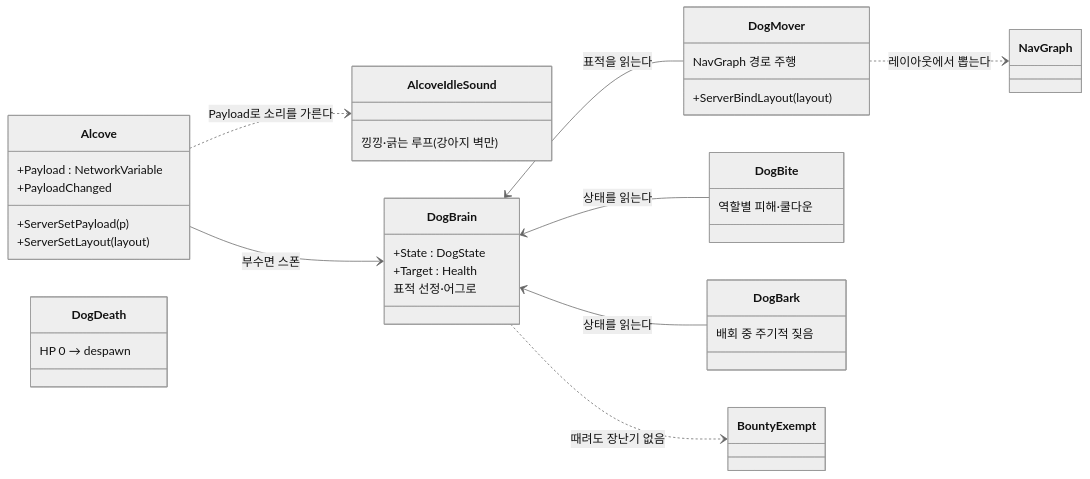
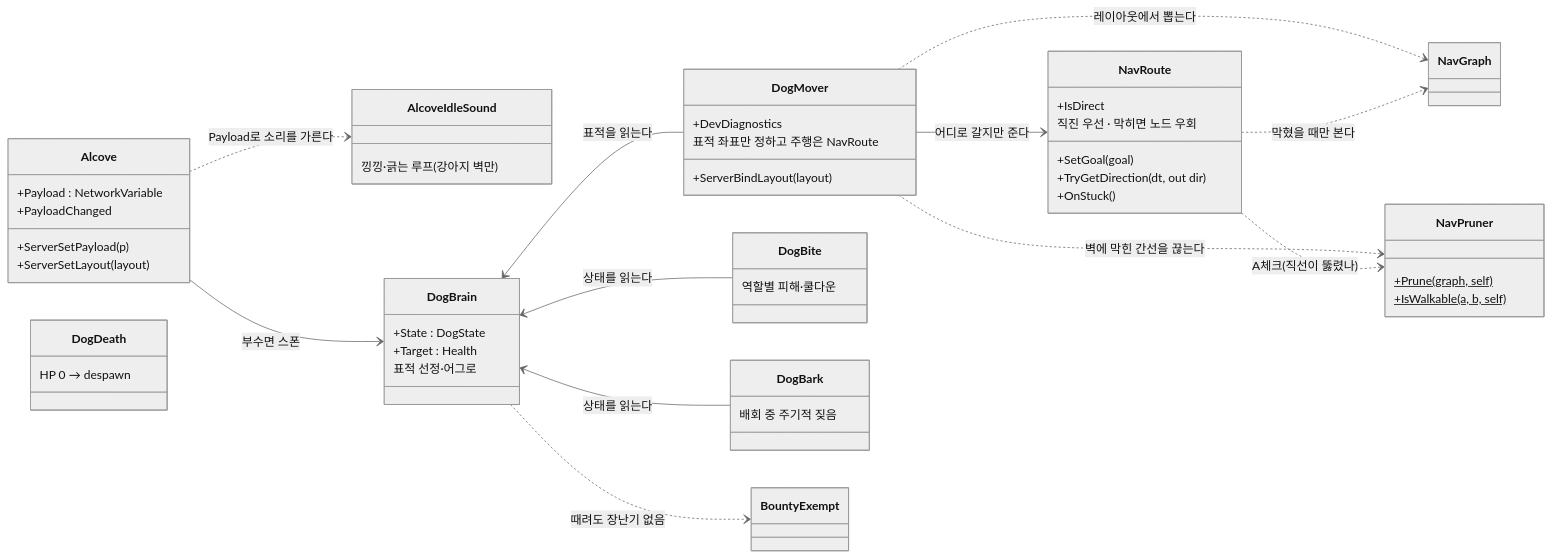
One commit to JeahanPark/The-Cheese-Thief-and-the-Cat changed the eighth of 15 diagrams in CTC/docs/design-vault/코드 다이어그램.md. Above: the diagram before and after it, drawn with Mermaid (neutral theme). The commit also changed other lines of this file and 25 other files, not shown here.

````diff
--- a/CTC/docs/design-vault/코드 다이어그램.md
+++ b/CTC/docs/design-vault/코드 다이어그램.md
@@ -317,42 +317,58 @@
 ```mermaid
 classDiagram
     direction LR
 
     class Alcove {
         +Payload : NetworkVariable
         +ServerSetPayload(p)
         +ServerSetLayout(layout)
         +PayloadChanged
     }
     class AlcoveIdleSound {
         낑낑·긁는 루프(강아지 벽만)
     }
     class DogBrain {
         +State : DogState
         +Target : Health
         표적 선정·어그로
     }
     class DogMover {
         +ServerBindLayout(layout)
-        NavGraph 경로 주행
+        +DevDiagnostics
+        표적 좌표만 정하고 주행은 NavRoute
+    }
+    class NavRoute {
+        +SetGoal(goal)
+        +TryGetDirection(dt, out dir)
+        +OnStuck()
+        +IsDirect
+        직진 우선 · 막히면 노드 우회
+    }
+    class NavPruner {
+        +Prune(graph, self)$
+        +IsWalkable(a, b, self)$
     }
     class DogBite {
         역할별 피해·쿨다운
     }
     class DogBark {
         배회 중 주기적 짖음
     }
     class DogDeath {
         HP 0 → despawn
     }
     class BountyExempt
     class NavGraph
 
     Alcove --> DogBrain : 부수면 스폰
     Alcove ..> AlcoveIdleSound : Payload로 소리를 가른다
+    DogMover --> NavRoute : 어디로 갈지만 준다
     DogMover ..> NavGraph : 레이아웃에서 뽑는다
+    DogMover ..> NavPruner : 벽에 막힌 간선을 끊는다
+    NavRoute ..> NavGraph : 막혔을 때만 본다
+    NavRoute ..> NavPruner : A체크(직선이 뚫렸나)
     DogBrain <-- DogMover : 표적을 읽는다
     DogBrain <-- DogBite : 상태를 읽는다
     DogBrain <-- DogBark : 상태를 읽는다
     DogBrain ..> BountyExempt : 때려도 장난기 없음
 ```
````
